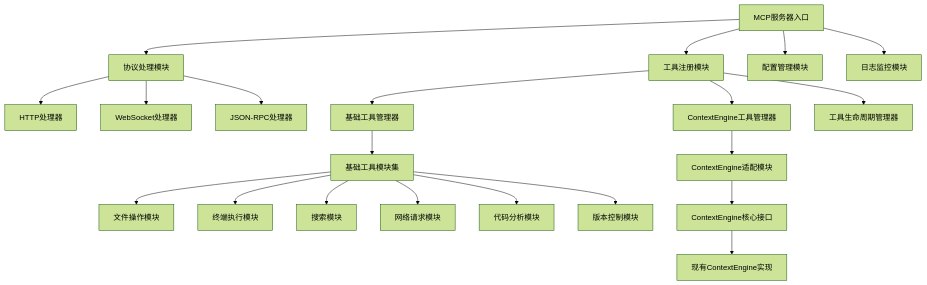
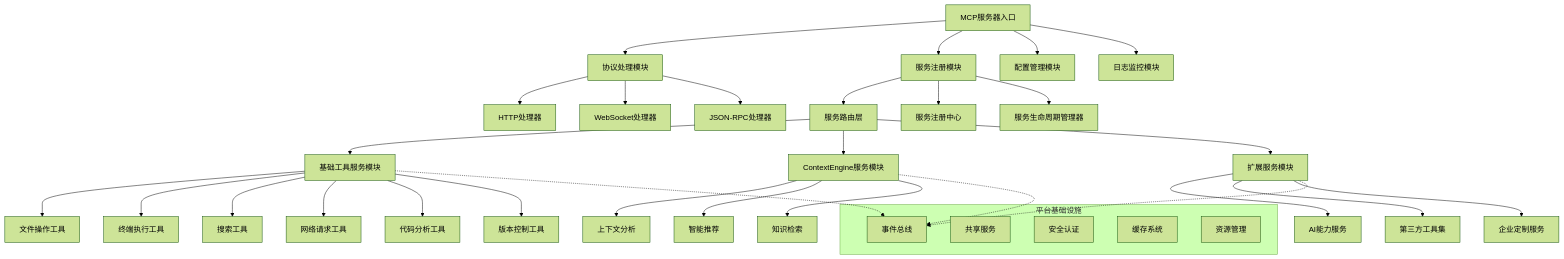
One commit to ydzat/dnkit changed the first of 3 diagrams in doc/module/00_module_overview.md. Above: the diagram before and after it, drawn with Mermaid (forest theme). The commit also changed other lines of this file and 6 other files, not shown here.

````diff
--- a/doc/module/00_module_overview.md
+++ b/doc/module/00_module_overview.md
@@ -16,28 +16,46 @@
 ```mermaid
 graph TD
     A[MCP服务器入口] --> B[协议处理模块]
-    A --> C[工具注册模块]
+    A --> C[服务注册模块]
     A --> D[配置管理模块]
     A --> E[日志监控模块]
     
     B --> B1[HTTP处理器]
     B --> B2[WebSocket处理器]
     B --> B3[JSON-RPC处理器]
     
-    C --> C1[基础工具管理器]
-    C --> C2[ContextEngine工具管理器]
-    C --> C3[工具生命周期管理器]
+    C --> C1[服务路由层]
+    C --> C2[服务注册中心]
+    C --> C3[服务生命周期管理器]
     
-    C1 --> F[基础工具模块集]
-    C2 --> G[ContextEngine适配模块]
+    C1 --> F[基础工具服务模块]
+    C1 --> G[ContextEngine服务模块]
+    C1 --> H[扩展服务模块]
     
-    F --> F1[文件操作模块]
-    F --> F2[终端执行模块]
-    F --> F3[搜索模块]
-    F --> F4[网络请求模块]
-    F --> F5[代码分析模块]
-    F --> F6[版本控制模块]
+    F --> F1[文件操作工具]
+    F --> F2[终端执行工具]
+    F --> F3[搜索工具]
+    F --> F4[网络请求工具]
+    F --> F5[代码分析工具]
+    F --> F6[版本控制工具]
     
-    G --> H[ContextEngine核心接口]
-    H --> I[现有ContextEngine实现]
+    G --> G1[上下文分析]
+    G --> G2[智能推荐]
+    G --> G3[知识检索]
+    
+    H --> H1[AI能力服务]
+    H --> H2[第三方工具集]
+    H --> H3[企业定制服务]
+    
+    subgraph "平台基础设施"
+        I[事件总线]
+        J[共享服务]
+        K[安全认证]
+        L[缓存系统]
+        M[资源管理]
+    end
+    
+    F -.-> I
+    G -.-> I
+    H -.-> I
 ```
````
